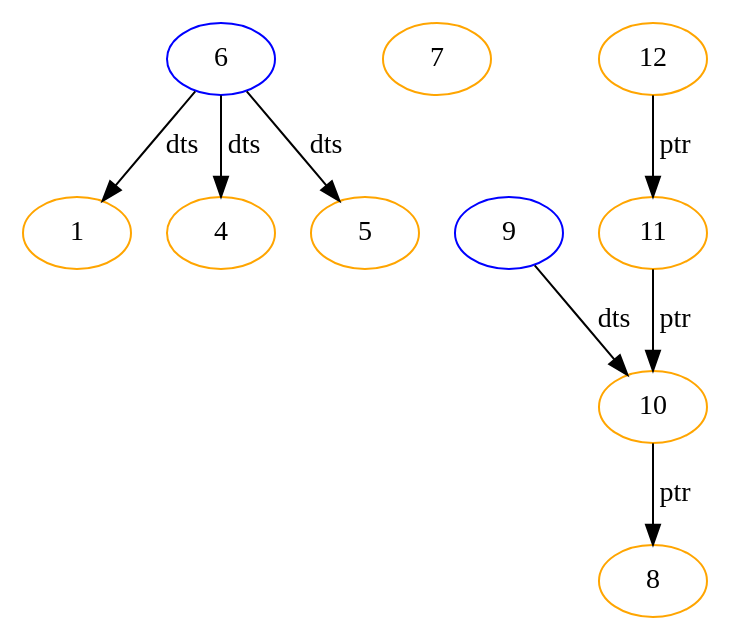
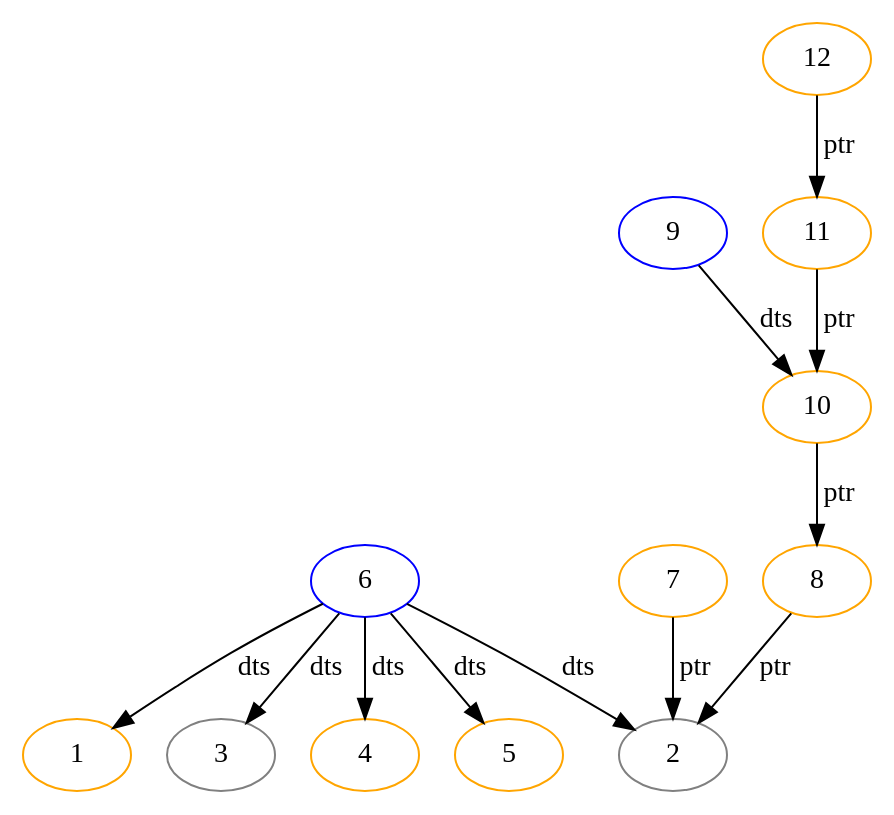
One commit to passau-masterarbeit-2023/phdtrack_project_3 changed the diagram in data/graphs/test.gv. Above: the diagram before and after it, drawn with Graphviz. The commit also changed 5 other files, not shown here.

```diff
--- a/data/graphs/test.gv
+++ b/data/graphs/test.gv
@@ -1,36 +1,48 @@
 strict digraph "" {
 	1	[color=orange,
 		"node"="PN(0x1)"];
+	2	[color=grey,
+		"node"="VN(0x2)"];
+	3	[color=grey,
+		"node"="VN(0x3)"];
 	4	[color=orange,
 		"node"="PN(0x4)"];
 	5	[color=orange,
 		"node"="PN(0x5)"];
 	6	[color=blue,
 		"node"="DTN(0x6)"];
 	6 -> 1	[label=dts,
 		weight=1];
+	6 -> 2	[label=dts,
+		weight=1];
+	6 -> 3	[label=dts,
+		weight=1];
 	6 -> 4	[label=dts,
 		weight=1];
 	6 -> 5	[label=dts,
 		weight=1];
 	7	[color=orange,
 		"node"="PN(0x7)"];
+	7 -> 2	[label=ptr,
+		weight=5];
 	8	[color=orange,
 		"node"="PN(0x8)"];
+	8 -> 2	[label=ptr,
+		weight=1];
 	9	[color=blue,
 		"node"="DTN(0x9)"];
 	10	[color=orange,
 		"node"="PN(0xa)"];
 	9 -> 10	[label=dts,
 		weight=1];
 	10 -> 8	[label=ptr,
 		weight=1];
 	11	[color=orange,
 		"node"="PN(0xb)"];
 	11 -> 10	[label=ptr,
 		weight=2];
 	12	[color=orange,
 		"node"="PN(0xc)"];
 	12 -> 11	[label=ptr,
 		weight=1];
 }
```
